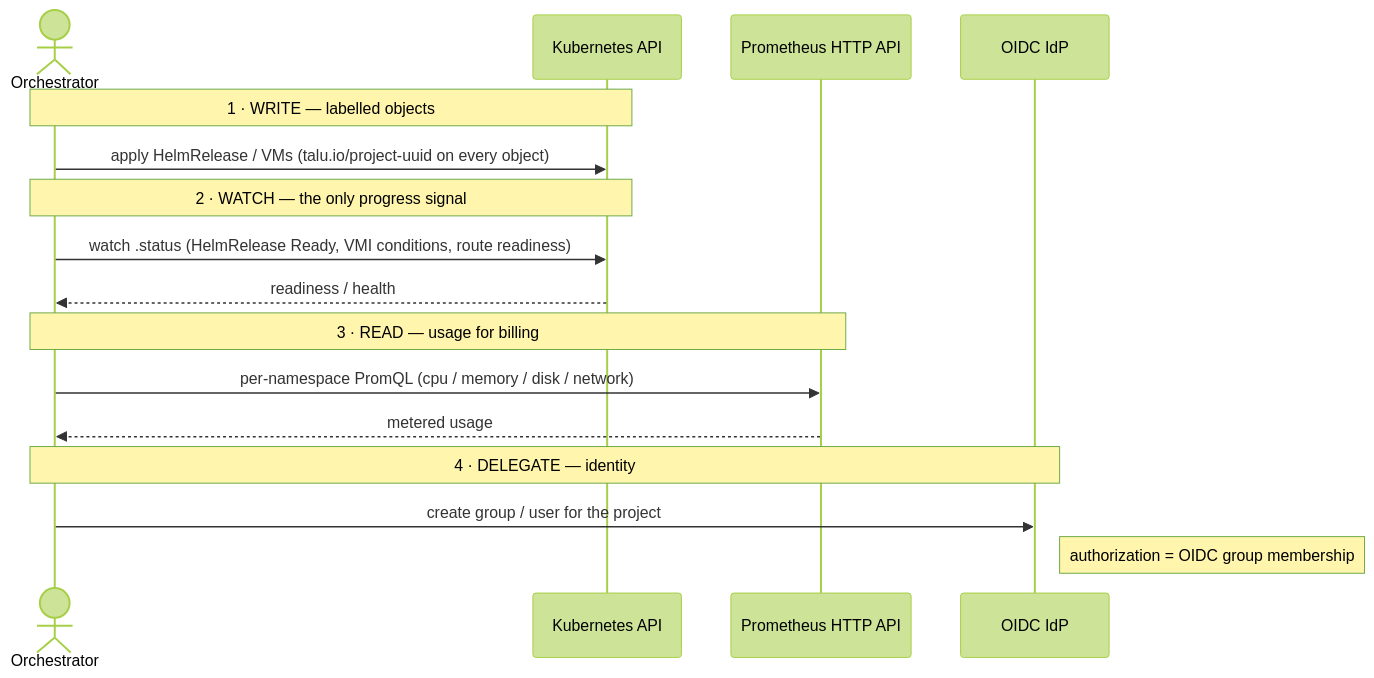
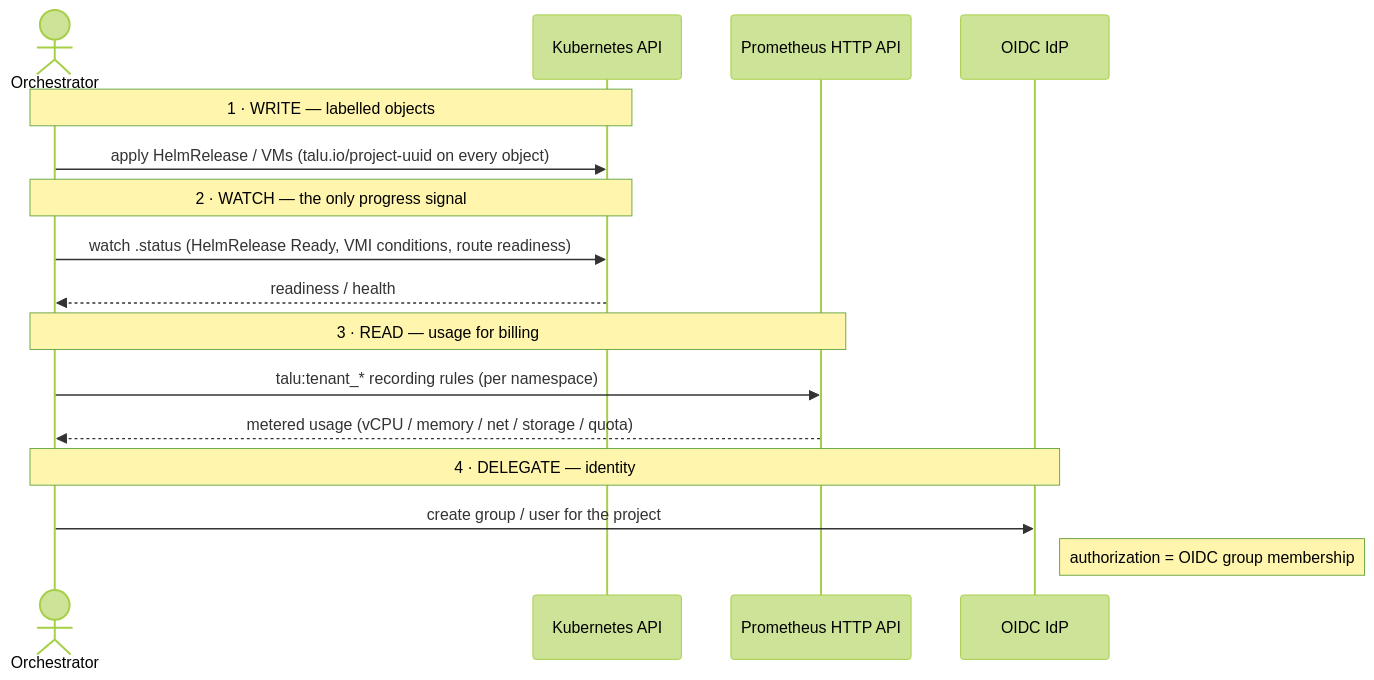
One commit to livenson/talu changed the third of 3 diagrams in docs/architecture/flows.md. Above: the diagram before and after it, drawn with Mermaid (forest theme). The commit also changed 6 other files, not shown here.

````diff
--- a/docs/architecture/flows.md
+++ b/docs/architecture/flows.md
@@ -69,19 +69,19 @@
 ```mermaid
 sequenceDiagram
     actor O as Orchestrator
     participant API as Kubernetes API
     participant PR as Prometheus HTTP API
     participant IDP as OIDC IdP
 
     Note over O,API: 1 · WRITE — labelled objects
     O->>API: apply HelmRelease / VMs (talu.io/project-uuid on every object)
     Note over O,API: 2 · WATCH — the only progress signal
     O->>API: watch .status (HelmRelease Ready, VMI conditions, route readiness)
     API-->>O: readiness / health
     Note over O,PR: 3 · READ — usage for billing
-    O->>PR: per-namespace PromQL (cpu / memory / disk / network)
-    PR-->>O: metered usage
+    O->>PR: talu:tenant_* recording rules (per namespace)
+    PR-->>O: metered usage (vCPU / memory / net / storage / quota)
     Note over O,IDP: 4 · DELEGATE — identity
     O->>IDP: create group / user for the project
     Note right of IDP: authorization = OIDC group membership
 ```
````
